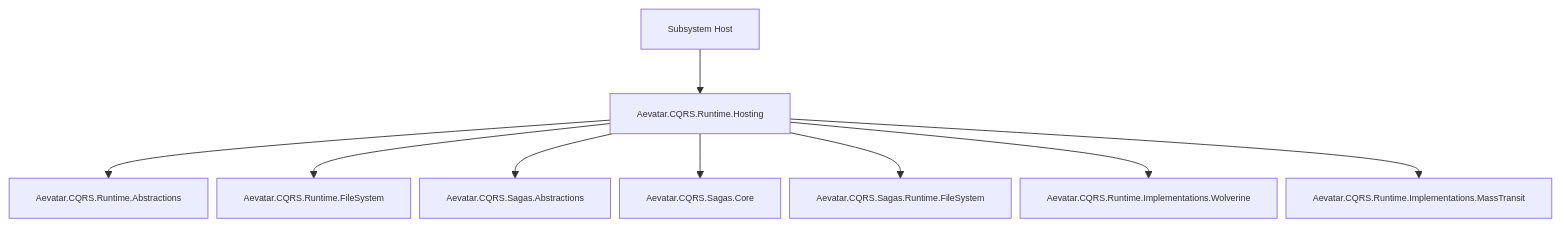
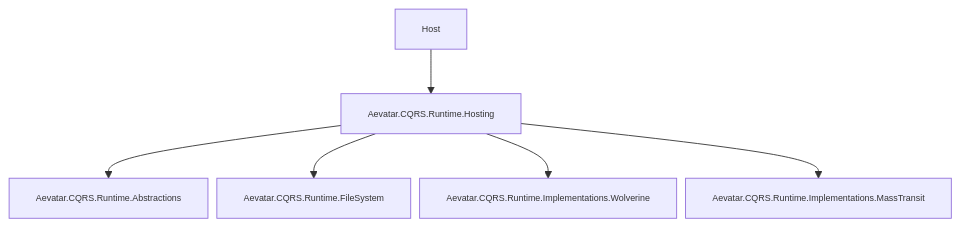
The third of 4 diagrams in docs/PROJECT_ARCHITECTURE.md (aevatarAI/aevatar), drawn with Mermaid before and after one commit. The commit also changed other lines of this file and 87 other files, not shown here.

First line of the commit message:
Refactor Aevatar architecture to integrate Mainnet capabilities

````diff
--- a/docs/PROJECT_ARCHITECTURE.md
+++ b/docs/PROJECT_ARCHITECTURE.md
@@ -53,12 +59,9 @@
 ```mermaid
 %%{init: {"maxTextSize": 100000, "flowchart": {"useMaxWidth": false, "nodeSpacing": 10, "rankSpacing": 50}, "themeVariables": {"fontSize": "10px"}}}%%
 flowchart TB
-    Host["Subsystem Host"] --> RH["Aevatar.CQRS.Runtime.Hosting"]
+    Host["Host"] --> RH["Aevatar.CQRS.Runtime.Hosting"]
     RH --> RA["Aevatar.CQRS.Runtime.Abstractions"]
     RH --> RF["Aevatar.CQRS.Runtime.FileSystem"]
-    RH --> SA["Aevatar.CQRS.Sagas.Abstractions"]
-    RH --> SC["Aevatar.CQRS.Sagas.Core"]
-    RH --> SF["Aevatar.CQRS.Sagas.Runtime.FileSystem"]
     RH --> RW["Aevatar.CQRS.Runtime.Implementations.Wolverine"]
     RH --> RM["Aevatar.CQRS.Runtime.Implementations.MassTransit"]
 ```
````
